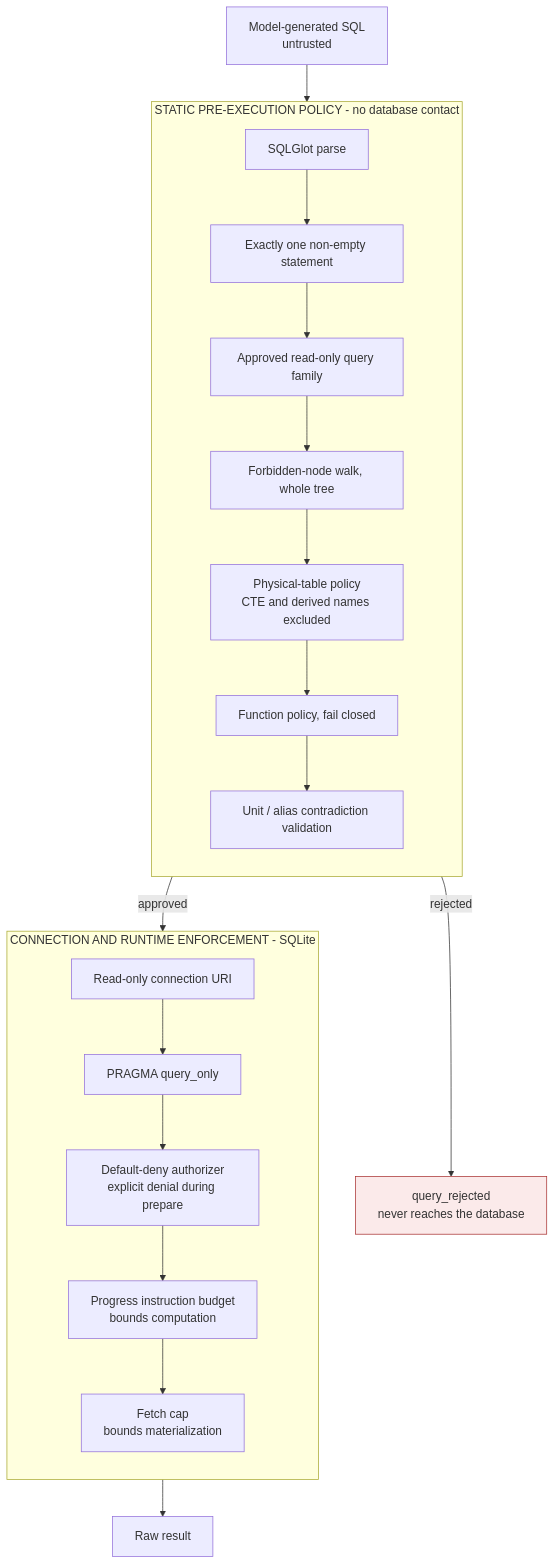
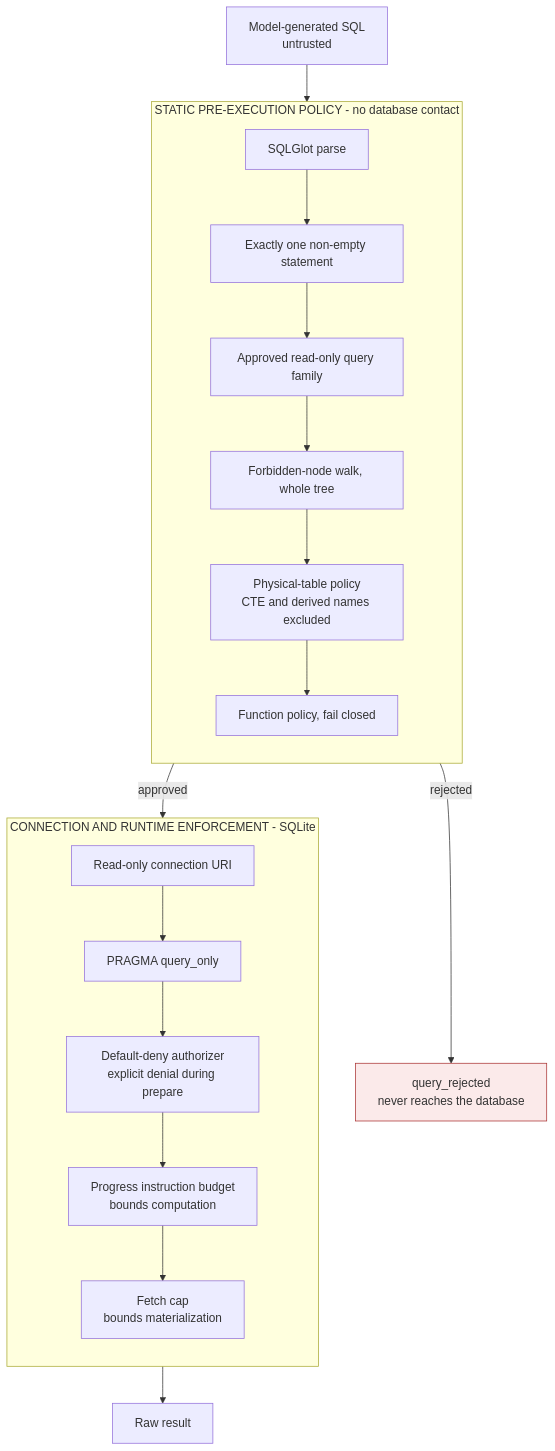
One commit to robin-raq/bse-nlq-agent changed the second of 2 diagrams in docs/diagrams/request-flow.md. Above: the diagram before and after it, drawn with Mermaid. The commit also changed other lines of this file and 10 other files, not shown here.

````diff
--- a/docs/diagrams/request-flow.md
+++ b/docs/diagrams/request-flow.md
@@ -56,34 +48,33 @@
 ```mermaid
 flowchart TD
     sql["Model-generated SQL<br/>untrusted"]
 
     subgraph static["STATIC PRE-EXECUTION POLICY - no database contact"]
         direction TB
         p1["SQLGlot parse"]
         p2["Exactly one non-empty statement"]
         p3["Approved read-only query family"]
         p4["Forbidden-node walk, whole tree"]
         p5["Physical-table policy<br/>CTE and derived names excluded"]
         p6["Function policy, fail closed"]
-        p7["Unit / alias contradiction validation"]
-        p1 --> p2 --> p3 --> p4 --> p5 --> p6 --> p7
+        p1 --> p2 --> p3 --> p4 --> p5 --> p6
     end
 
     subgraph runtime["CONNECTION AND RUNTIME ENFORCEMENT - SQLite"]
         direction TB
         r1["Read-only connection URI"]
         r2["PRAGMA query_only"]
         r3["Default-deny authorizer<br/>explicit denial during prepare"]
         r4["Progress instruction budget<br/>bounds computation"]
         r5["Fetch cap<br/>bounds materialization"]
         r1 --> r2 --> r3 --> r4 --> r5
     end
 
     sql --> static
     static -->|"rejected"| rej["query_rejected<br/>never reaches the database"]
     static -->|"approved"| runtime
     runtime --> out["Raw result"]
 
     classDef bad fill:#fbeaea,stroke:#a33
     class rej bad
 ```
````
